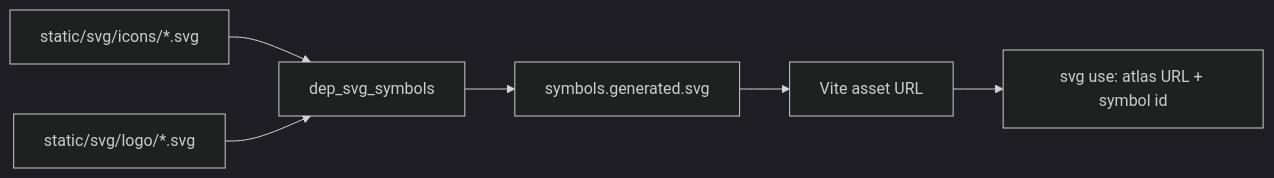
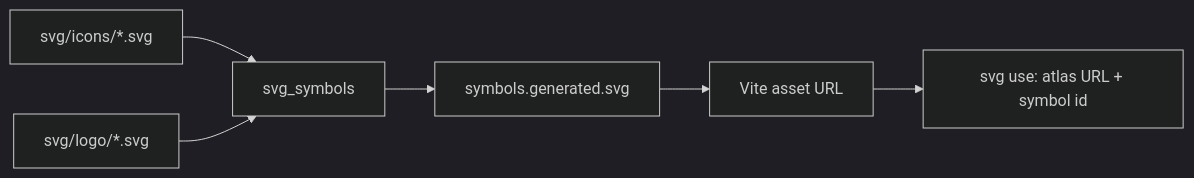
One commit to ankoh/dashql changed the diagram in docs/design/ui_icons.md. Above: the diagram before and after it, drawn with Mermaid (dark theme). The commit also changed other lines of this file and 295 other files, not shown here.

````diff
--- a/docs/design/ui_icons.md
+++ b/docs/design/ui_icons.md
@@ -7,8 +7,8 @@
 ```mermaid
 flowchart LR
-    I[static/svg/icons/*.svg] --> G[dep_svg_symbols]
-    L[static/svg/logo/*.svg] --> G
+    I[svg/icons/*.svg] --> G[svg_symbols]
+    L[svg/logo/*.svg] --> G
     G --> A[symbols.generated.svg]
     A --> V[Vite asset URL]
     V --> U[svg use: atlas URL + symbol id]
 ```
````
